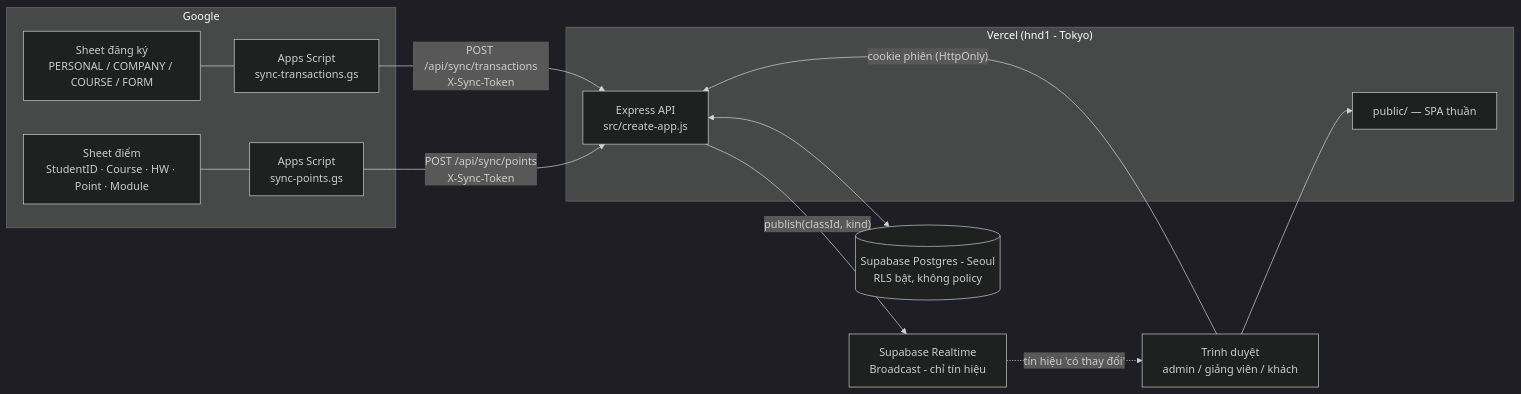
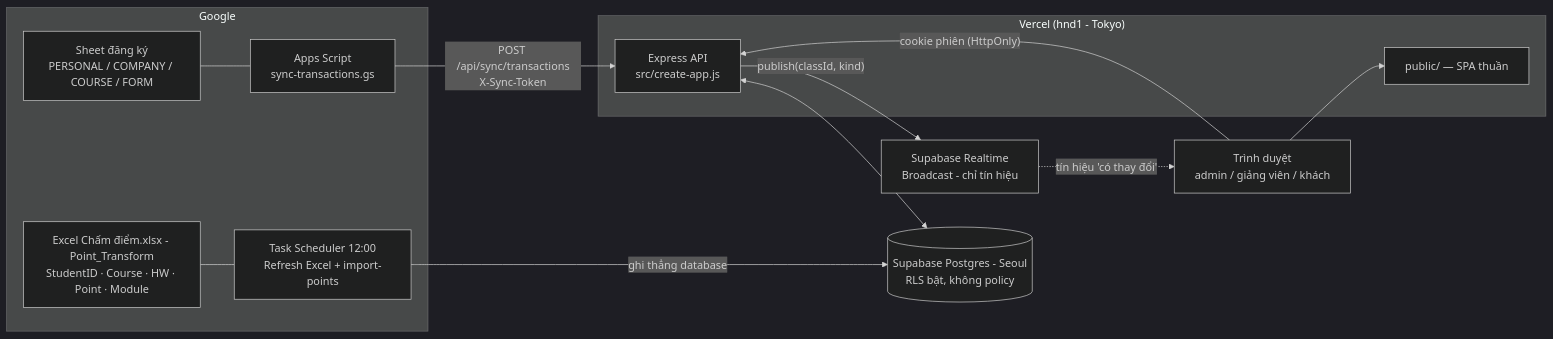
One commit to fuku-tn/class-manager changed the first of 6 diagrams in DESIGN.md. Above: the diagram before and after it, drawn with Mermaid (dark theme). The commit also changed other lines of this file and 13 other files, not shown here.

Commit message:
Điểm HW lấy từ file Excel Chấm điểm.xlsx (bảng Point_Transform), lịch 12:00 Refresh + nhập; tắt Google Sheet điểm

````diff
--- a/DESIGN.md
+++ b/DESIGN.md
@@ -41,26 +41,26 @@
 ```mermaid
 flowchart LR
   subgraph Google
     GS1[Sheet đăng ký<br/>PERSONAL / COMPANY / COURSE / FORM]
-    GS2[Sheet điểm<br/>StudentID · Course · HW · Point · Module]
+    GS2[Excel Chấm điểm.xlsx - Point_Transform<br/>StudentID · Course · HW · Point · Module]
     AS1[Apps Script<br/>sync-transactions.gs]
-    AS2[Apps Script<br/>sync-points.gs]
+    AS2[Task Scheduler 12:00<br/>Refresh Excel + import-points]
     GS1 --- AS1
     GS2 --- AS2
   end
   subgraph Vercel["Vercel (hnd1 - Tokyo)"]
     API[Express API<br/>src/create-app.js]
     STATIC[public/ — SPA thuần]
   end
   DB[(Supabase Postgres - Seoul<br/>RLS bật, không policy)]
   RT[Supabase Realtime<br/>Broadcast - chỉ tín hiệu]
   U[Trình duyệt<br/>admin / giảng viên / khách]
 
   AS1 -- "POST /api/sync/transactions<br/>X-Sync-Token" --> API
-  AS2 -- "POST /api/sync/points<br/>X-Sync-Token" --> API
+  AS2 -- "ghi thẳng database" --> DB
   U -- "cookie phiên (HttpOnly)" --> API
   U --> STATIC
   API <--> DB
   API -- "publish(classId, kind)" --> RT
   RT -. "tín hiệu 'có thay đổi'" .-> U
 ```
````
